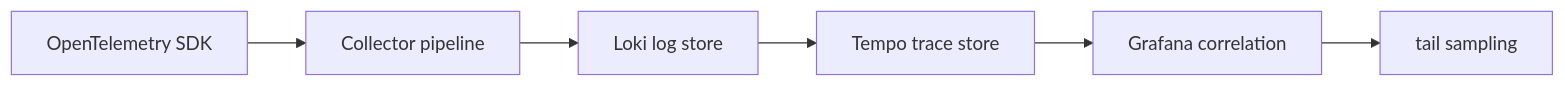
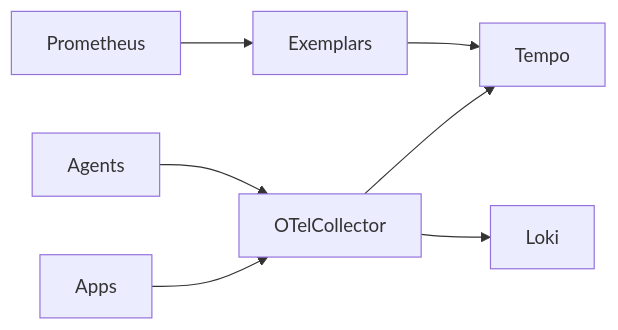
Before and after one commit to m1mohamad/devops-sre-prep: the diagram in docs/study/observability/03-loki-tempo-and-opentelemetry.md, drawn with Mermaid. The commit also changed other lines of this file and 106 other files, not shown here.

````diff
--- a/docs/study/observability/03-loki-tempo-and-opentelemetry.md
+++ b/docs/study/observability/03-loki-tempo-and-opentelemetry.md
@@ -15,4 +19,6 @@
 ```mermaid
 flowchart LR
-  N0[OpenTelemetry SDK] --> N1[Collector pipeline] --> N2[Loki log store] --> N3[Tempo trace store] --> N4[Grafana correlation] --> N5[tail sampling]
+  Apps --> OTelCollector --> Tempo
+  Agents --> OTelCollector --> Loki
+  Prometheus --> Exemplars --> Tempo
 ```
````
